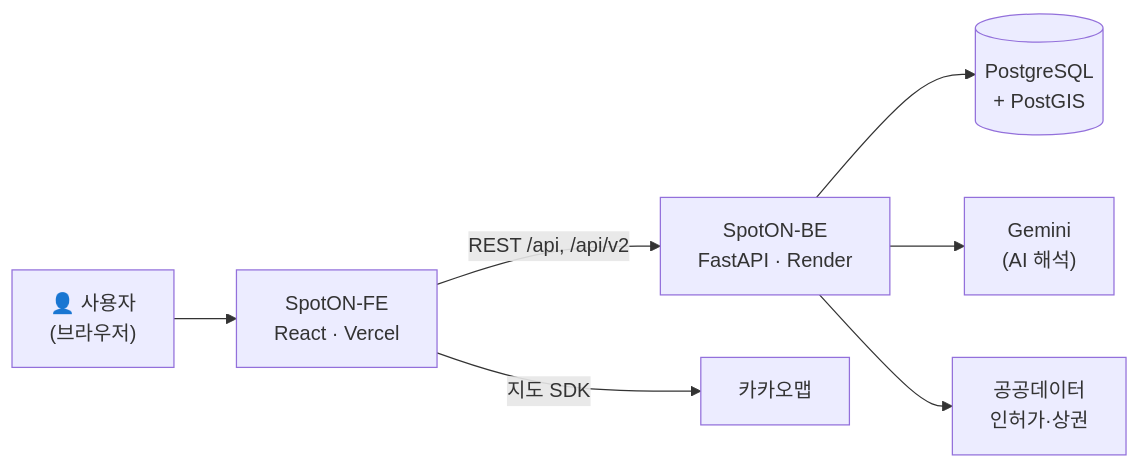
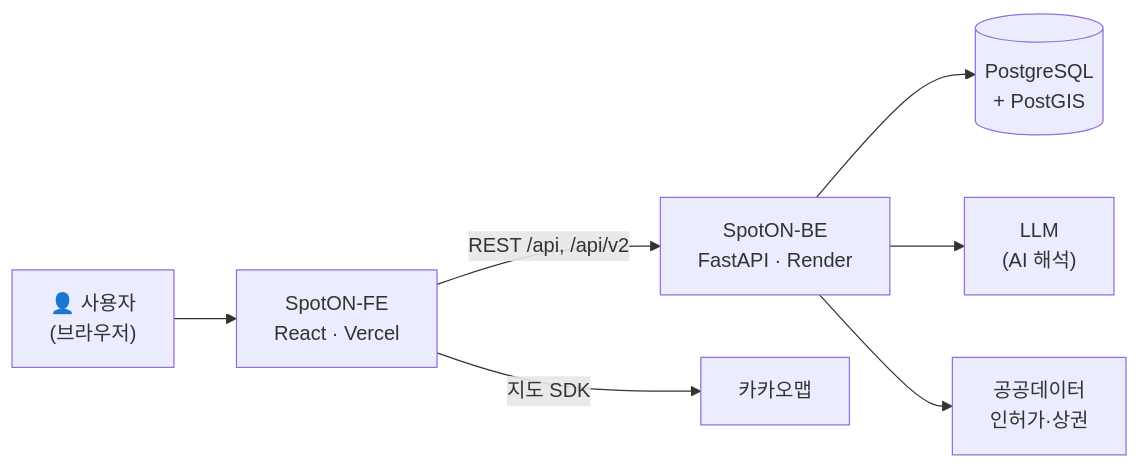
One commit to sigoreu-jabeujong/SpotON-FE changed the diagram in README.md. Above: the diagram before and after it, drawn with Mermaid. The commit also changed other lines of this file, not shown here.

````diff
--- a/README.md
+++ b/README.md
@@ -303,9 +303,9 @@
 ```mermaid
 flowchart LR
     U["👤 사용자<br/>(브라우저)"] --> FE["SpotON-FE<br/>React · Vercel"]
     FE -- "REST /api, /api/v2" --> BE["SpotON-BE<br/>FastAPI · Render"]
     FE -- "지도 SDK" --> K["카카오맵"]
     BE --> DB[("PostgreSQL<br/>+ PostGIS")]
-    BE --> AI["Gemini<br/>(AI 해석)"]
+    BE --> AI["LLM<br/>(AI 해석)"]
     BE --> P["공공데이터<br/>인허가·상권"]
 ```
````
